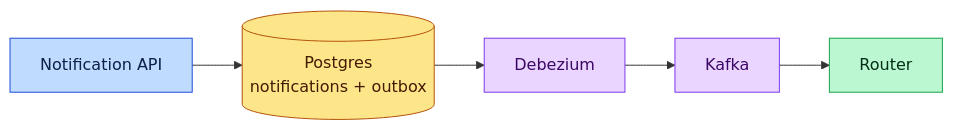
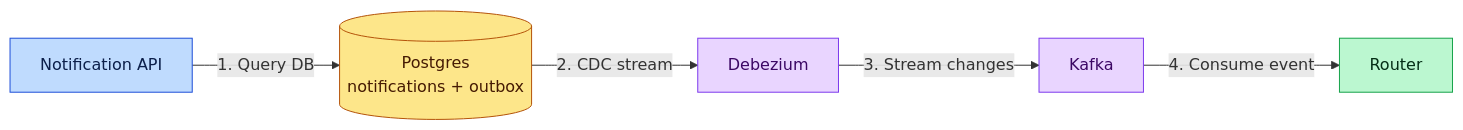
Before and after one commit to iluzn/HLD-Designs: the sixth of 16 diagrams in content/hld/NotificationSystem.md, drawn with Mermaid. The commit also changed other lines of this file and 27 other files, not shown here.

````diff
--- a/content/hld/NotificationSystem.md
+++ b/content/hld/NotificationSystem.md
@@ -524,18 +524,18 @@
 ```mermaid
 flowchart LR
     API["Notification API"]:::edge
     DB[("Postgres<br/>notifications + outbox")]:::data
     CDC["Debezium"]:::async
     KAFKA["Kafka"]:::async
     ROUTE["Router"]:::service
 
-    API --> DB
-    DB --> CDC
-    CDC --> KAFKA
-    KAFKA --> ROUTE
+    API -->|"1. Query DB"| DB
+    DB -->|"2. CDC stream"| CDC
+    CDC -->|"3. Stream changes"| KAFKA
+    KAFKA -->|"4. Consume event"| ROUTE
 
     classDef edge fill:#bfdbfe,stroke:#1d4ed8,color:#0c1f4a
     classDef service fill:#bbf7d0,stroke:#16a34a,color:#052e16
     classDef async fill:#e9d5ff,stroke:#7c3aed,color:#3b0764
     classDef data fill:#fde68a,stroke:#b45309,color:#451a03
 ```
````
